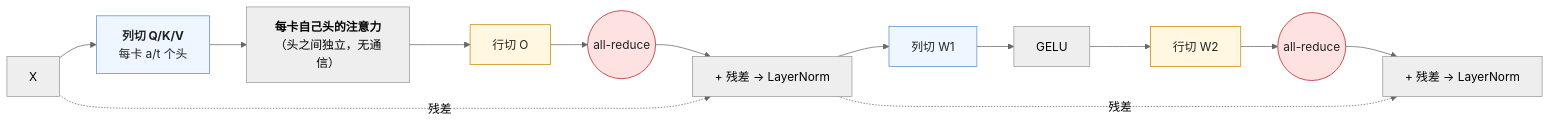
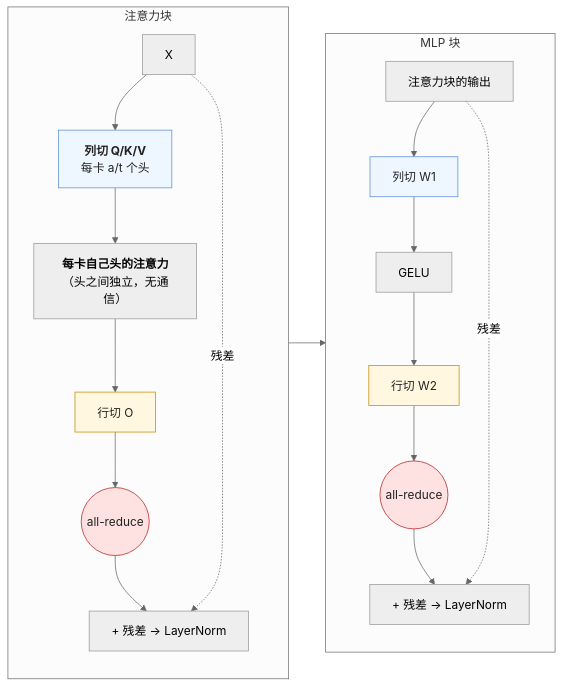
One commit to arganzheng/arganzheng.github.com changed the first of 2 diagrams in _posts/2026-07-17-parallelism-strategies-which-state-to-shard.md. Above: the diagram before and after it, drawn with Mermaid (neutral theme). The commit also changed other lines of this file and 7 other files, not shown here.

First line of the commit message:
并行策略（大规模训练）：EP / Ring / Ulysses 图箭头接到方框，TP 配对图改两栏，图注与图题按内容核对修正

````diff
--- a/_posts/2026-07-17-parallelism-strategies-which-state-to-shard.md
+++ b/_posts/2026-07-17-parallelism-strategies-which-state-to-shard.md
@@ -368,15 +368,22 @@
 ```mermaid
 %%{init: {"flowchart": {"wrappingWidth": 160}}}%%
 %% 图：列切与行切的配对：Q/K/V 与 W1 列切，O 与 W2 行切，一个 Transformer 层只在两处 all-reduce
 flowchart LR
-    X1[X] --> QKV["<b>列切 Q/K/V</b><br/>每卡 a/t 个头"] --> ATT["<b>每卡自己头的注意力</b><br/>（头之间独立，无通信）"] --> O["行切 O"] --> AR1(("all-reduce")) --> R1["+ 残差 → LayerNorm"]
-    X1 -.残差.-> R1
-    R1 --> W1["列切 W1"] --> GELU --> W2["行切 W2"] --> AR2(("all-reduce")) --> R2["+ 残差 → LayerNorm"]
-    R1 -.残差.-> R2
+    subgraph A["注意力块"]
+        direction TB
+        X1["X"] --> QKV["<b>列切 Q/K/V</b><br/>每卡 a/t 个头"] --> ATT["<b>每卡自己头的注意力</b><br/>（头之间独立，无通信）"] --> O["行切 O"] --> AR1(("all-reduce")) --> R1["+ 残差 → LayerNorm"]
+        X1 -.残差.-> R1
+    end
+    subgraph M["MLP 块"]
+        direction TB
+        X2["注意力块的输出"] --> W1["列切 W1"] --> GELU --> W2["行切 W2"] --> AR2(("all-reduce")) --> R2["+ 残差 → LayerNorm"]
+        X2 -.残差.-> R2
+    end
+    A --> M
     classDef col fill:#eef6ff,stroke:#5b8fd6,color:#222
     classDef row fill:#fff7e0,stroke:#c98a00,color:#222
     classDef ar fill:#fee2e2,stroke:#b91c1c,color:#222
     class QKV,W1 col
     class O,W2 row
     class AR1,AR2 ar
 ```
````
